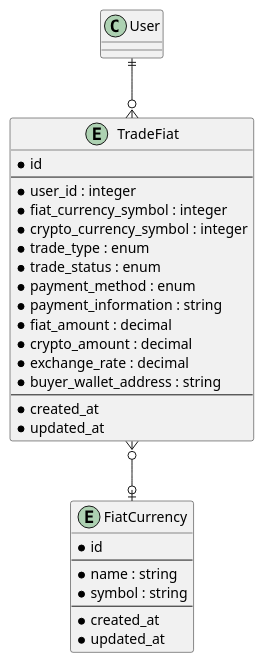
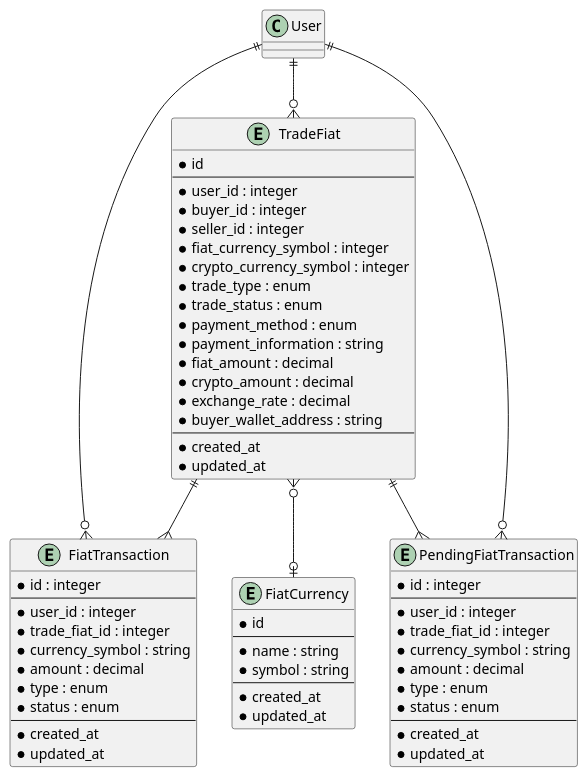
One commit to xemoe/xemoe-exchange-app changed the diagram in design/diagrams/er/Users_TradeFiat.puml. Above: the diagram before and after it, drawn with PlantUML. The commit also changed 6 other files, not shown here.

Commit message:
design: update diagrams

```diff
--- a/design/diagrams/er/Users_TradeFiat.puml
+++ b/design/diagrams/er/Users_TradeFiat.puml
@@ -1,35 +1,74 @@
 @startuml
 
 entity FiatCurrency {
     * id
     --
     * name : string
     * symbol : string
     --
     * created_at
     * updated_at
 }
 
 entity TradeFiat {
     * id
     --
     * user_id : integer
+    * buyer_id : integer
+    * seller_id : integer
     * fiat_currency_symbol : integer
     * crypto_currency_symbol : integer
     * trade_type : enum
     * trade_status : enum
     * payment_method : enum
     * payment_information : string
     * fiat_amount : decimal
     * crypto_amount : decimal
     * exchange_rate : decimal
     * buyer_wallet_address : string
     --
     * created_at
     * updated_at
 }
 
+entity FiatTransaction {
+    * id : integer
+    --
+    * user_id : integer
+    * trade_fiat_id : integer
+    * currency_symbol : string
+    * amount : decimal
+    * type : enum
+    * status : enum
+    --
+    * created_at
+    * updated_at
+}
+
+entity PendingFiatTransaction {
+    * id : integer
+    --
+    * user_id : integer
+    * trade_fiat_id : integer
+    * currency_symbol : string
+    * amount : decimal
+    * type : enum
+    * status : enum
+    --
+    * created_at
+    * updated_at
+}
+
 User ||--o{ TradeFiat
+User ||--o{ FiatTransaction
+User ||--o{ PendingFiatTransaction
+
 TradeFiat }o--o| FiatCurrency
 
+' TradeFiat has many FiatTransaction, but FiatTransaction has only one TradeFiat
+TradeFiat ||--{ FiatTransaction
+
+' TradeFiat has many PendingFiatTransaction, but PendingFiatTransaction has only one TradeFiat
+TradeFiat ||--{ PendingFiatTransaction
+
 @enduml
```
